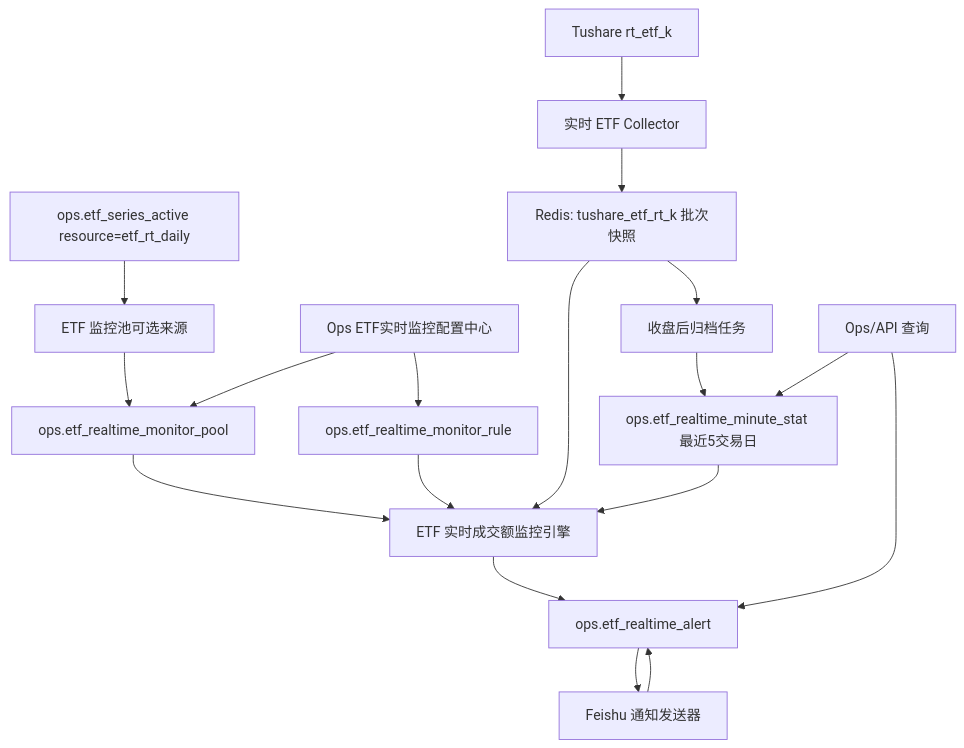
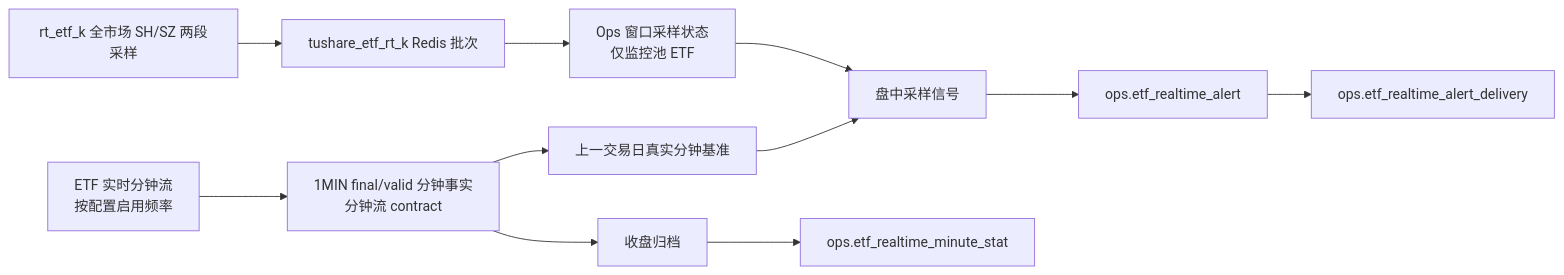
One commit to chiuser/goldenshare changed the diagram in docs/ops/ops-etf-realtime-volume-anomaly-monitor-plan-v1.md. Above: the diagram before and after it, drawn with Mermaid. The commit also changed other lines of this file and 4 other files, not shown here.

Commit message:
docs: define independent etf minute stream

````diff
--- a/docs/ops/ops-etf-realtime-volume-anomaly-monitor-plan-v1.md
+++ b/docs/ops/ops-etf-realtime-volume-anomaly-monitor-plan-v1.md
@@ -78,24 +53,13 @@
 ```mermaid
-flowchart TD
-  A["Tushare rt_etf_k"] --> B["实时 ETF Collector"]
-  B --> C["Redis: tushare_etf_rt_k 批次快照"]
-
-  D["ops.etf_series_active resource=etf_rt_daily"] --> E["ETF 监控池可选来源"]
-  E --> F["ops.etf_realtime_monitor_pool"]
-  F --> G["ETF 实时成交额监控引擎"]
-  H["ops.etf_realtime_monitor_rule"] --> G
-  C --> G
-  I["ops.etf_realtime_minute_stat 最近5交易日"] --> G
-
-  G --> J["ops.etf_realtime_alert"]
-  J --> K["Feishu 通知发送器"]
-  K --> J
-
-  C --> L["收盘后归档任务"]
-  L --> I
-
-  M["Ops ETF实时监控配置中心"] --> F
-  M --> H
-  N["Ops/API 查询"] --> J
-  N --> I
+flowchart LR
+  A["rt_etf_k 全市场 SH/SZ 两段采样"] --> B["tushare_etf_rt_k Redis 批次"]
+  B --> C["Ops 窗口采样状态\n仅监控池 ETF"]
+  D["ETF 实时分钟流\n按配置启用频率"] --> E["1MIN final/valid 分钟事实\n分钟流 contract"]
+  C --> F["盘中采样信号"]
+  E --> G["上一交易日真实分钟基准"]
+  G --> F
+  F --> H["ops.etf_realtime_alert"]
+  H --> I["ops.etf_realtime_alert_delivery"]
+  E --> J["收盘归档"]
+  J --> K["ops.etf_realtime_minute_stat"]
 ```
````
